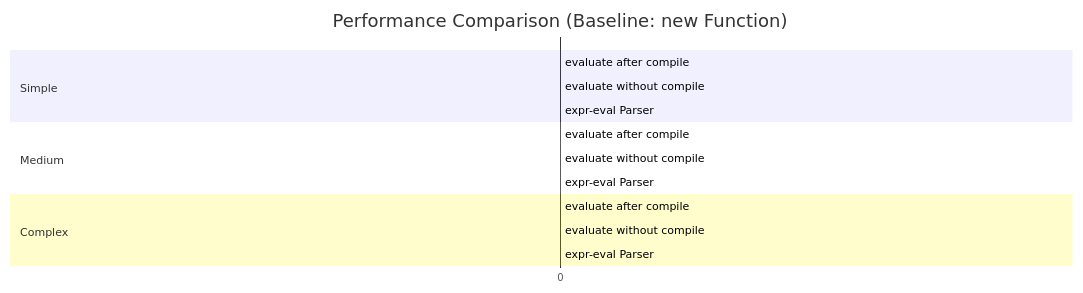
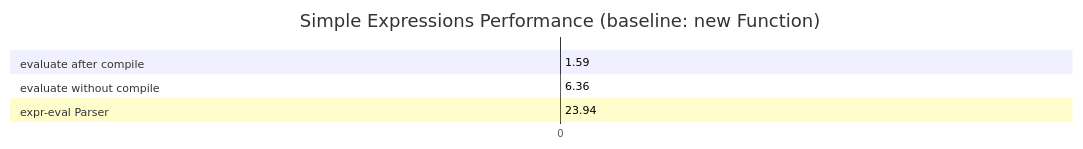
The diagram in README.md (antvis/expr), drawn with Mermaid before and after one commit.

Commit message:
fix: mermaid bar graph

````diff
--- a/README.md
+++ b/README.md
@@ -187,22 +187,13 @@
 ```mermaid
 gantt
-    title Performance Comparison (Baseline: new Function)
+    title Simple Expressions Performance (baseline: new Function)
     dateFormat  X
     axisFormat %s
 
-    section Simple
-    evaluate after compile    :done, 0, 1.59
-    evaluate without compile  :done, 0, 6.36
-    expr-eval Parser          :done, 0, 23.94
-
-    section Medium
-    evaluate after compile    :done, 0, 2.16
-    evaluate without compile  :done, 0, 9.81
-    expr-eval Parser          :done, 0, 37.81
-
-    section Complex
-    evaluate after compile    :done, 0, 1.59
-    evaluate without compile  :done, 0, 4.89
-    expr-eval Parser          :done, 0, 32.74
-
+    section evaluate after compile
+    1.59 : 0, 1.59
+    section evaluate without compile
+    6.36 : 0, 6.36
+    section expr-eval Parser
+    23.94 : 0, 23.94
 ```
````
